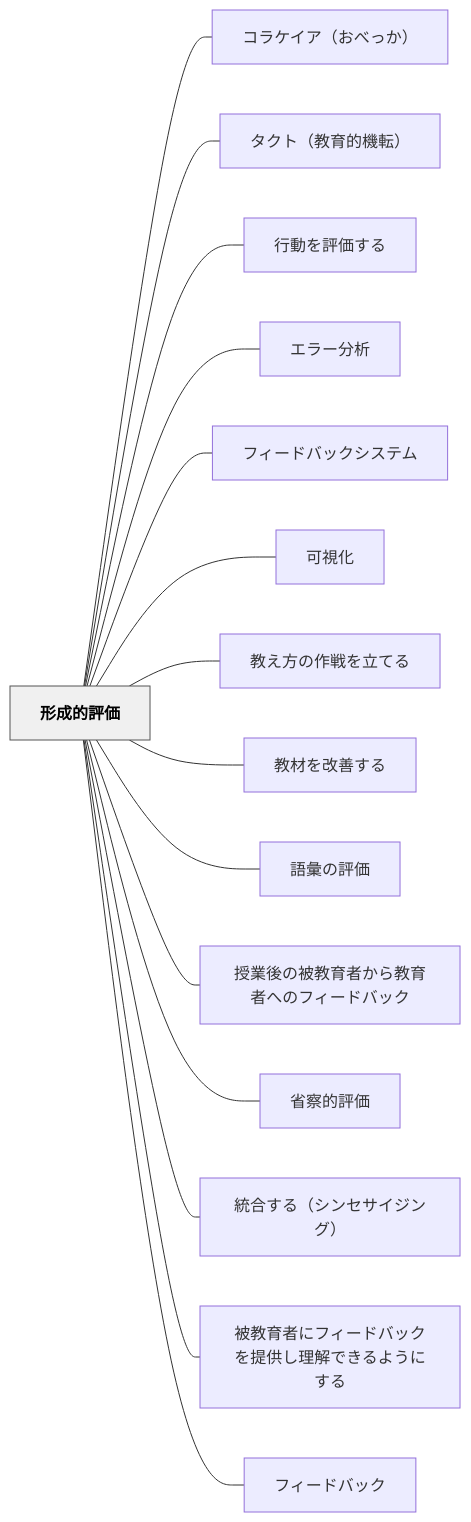
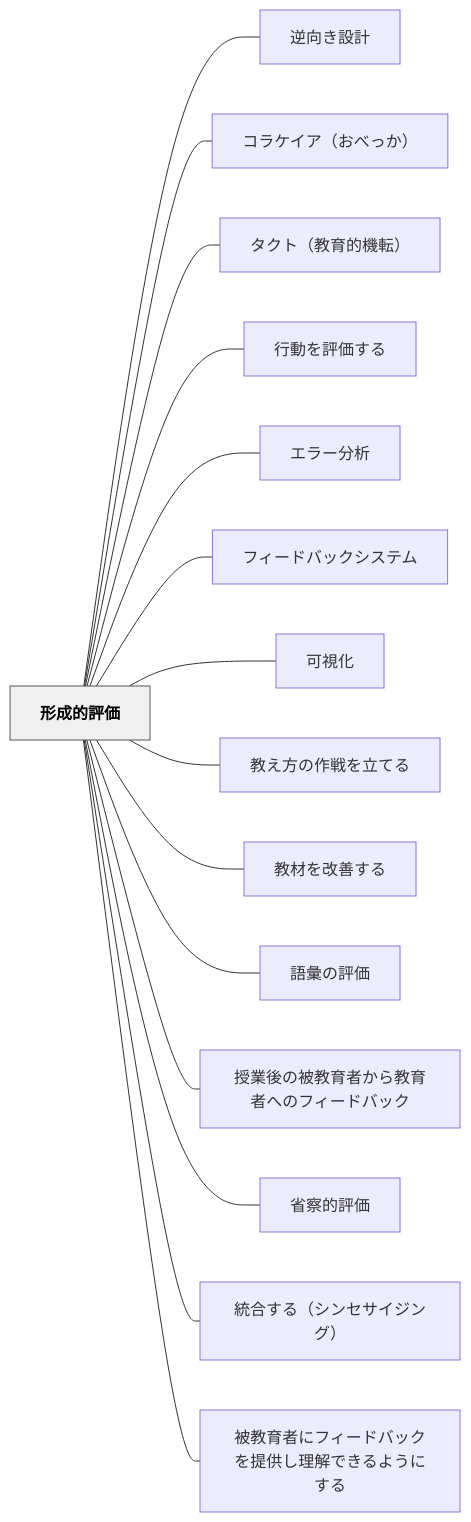
Before and after one commit to unknownthings-ed-patterns/unknownthings-ed-patterns: the diagram in content/パタン/形成的評価.md, drawn with Mermaid. The commit also changed other lines of this file and 47 other files, not shown here.

````diff
--- a/content/パタン/形成的評価.md
+++ b/content/パタン/形成的評価.md
@@ -94,36 +95,36 @@
 ```mermaid
 flowchart LR
     ne5bda2e68890e79a84e8a995e4bea1["形成的評価"]
+    ne98086e59091e3818de8a8ade8a888["逆向き設計"]
     ne382b3e383a9e382b1e382a4e382a2efbc88e3818ae381b9e381a3e3818befbc89["コラケイア（おべっか）"]
     ne382bfe382afe38388efbc88e69599e882b2e79a84e6a99fe8bba2efbc89["タクト（教育的機転）"]
     ne8a18ce58b95e38292e8a995e4bea1e38199e3828b["行動を評価する"]
     ne382a8e383a9e383bce58886e69e90["エラー分析"]
     ne38395e382a3e383bce38389e38390e38383e382afe382b7e382b9e38386e383a0["フィードバックシステム"]
     ne58fafe8a696e58c96["可視化"]
     ne69599e38188e696b9e381aee4bd9ce688a6e38292e7ab8be381a6e3828b["教え方の作戦を立てる"]
     ne69599e69d90e38292e694b9e59684e38199e3828b["教材を改善する"]
     ne8aa9ee5bd99e381aee8a995e4bea1["語彙の評価"]
     ne68e88e6a5ade5be8ce381aee8a2abe69599e882b2e88085e3818be38289e69599e882b2e88085e381b8e381aee38395e382a3e383bce38389e38390e38383e382af["授業後の被教育者から教育者へのフィードバック"]
     ne79c81e5af9fe79a84e8a995e4bea1["省察的評価"]
     ne7b5b1e59088e38199e3828befbc88e382b7e383b3e382bbe382b5e382a4e382b8e383b3e382b0efbc89["統合する（シンセサイジング）"]
     ne8a2abe69599e882b2e88085e381abe38395e382a3e383bce38389e38390e38383e382afe38292e68f90e4be9be38197e79086e8a7a3e381a7e3818de3828be38288e38186e381abe38199e3828b["被教育者にフィードバックを提供し理解できるようにする"]
-    ne38395e382a3e383bce38389e38390e38383e382af["フィードバック"]
 
+    ne5bda2e68890e79a84e8a995e4bea1 --- ne98086e59091e3818de8a8ade8a888
     ne5bda2e68890e79a84e8a995e4bea1 --- ne382b3e383a9e382b1e382a4e382a2efbc88e3818ae381b9e381a3e3818befbc89
     ne5bda2e68890e79a84e8a995e4bea1 --- ne382bfe382afe38388efbc88e69599e882b2e79a84e6a99fe8bba2efbc89
     ne5bda2e68890e79a84e8a995e4bea1 --- ne8a18ce58b95e38292e8a995e4bea1e38199e3828b
     ne5bda2e68890e79a84e8a995e4bea1 --- ne382a8e383a9e383bce58886e69e90
     ne5bda2e68890e79a84e8a995e4bea1 --- ne38395e382a3e383bce38389e38390e38383e382afe382b7e382b9e38386e383a0
     ne5bda2e68890e79a84e8a995e4bea1 --- ne58fafe8a696e58c96
     ne5bda2e68890e79a84e8a995e4bea1 --- ne69599e38188e696b9e381aee4bd9ce688a6e38292e7ab8be381a6e3828b
     ne5bda2e68890e79a84e8a995e4bea1 --- ne69599e69d90e38292e694b9e59684e38199e3828b
     ne5bda2e68890e79a84e8a995e4bea1 --- ne8aa9ee5bd99e381aee8a995e4bea1
     ne5bda2e68890e79a84e8a995e4bea1 --- ne68e88e6a5ade5be8ce381aee8a2abe69599e882b2e88085e3818be38289e69599e882b2e88085e381b8e381aee38395e382a3e383bce38389e38390e38383e382af
     ne5bda2e68890e79a84e8a995e4bea1 --- ne79c81e5af9fe79a84e8a995e4bea1
     ne5bda2e68890e79a84e8a995e4bea1 --- ne7b5b1e59088e38199e3828befbc88e382b7e383b3e382bbe382b5e382a4e382b8e383b3e382b0efbc89
     ne5bda2e68890e79a84e8a995e4bea1 --- ne8a2abe69599e882b2e88085e381abe38395e382a3e383bce38389e38390e38383e382afe38292e68f90e4be9be38197e79086e8a7a3e381a7e3818de3828be38288e38186e381abe38199e3828b
-    ne5bda2e68890e79a84e8a995e4bea1 --- ne38395e382a3e383bce38389e38390e38383e382af
 
     classDef hub fill:#f0f0f0,stroke:#555,color:#000,font-weight:bold
     class ne5bda2e68890e79a84e8a995e4bea1 hub
 ```
````
